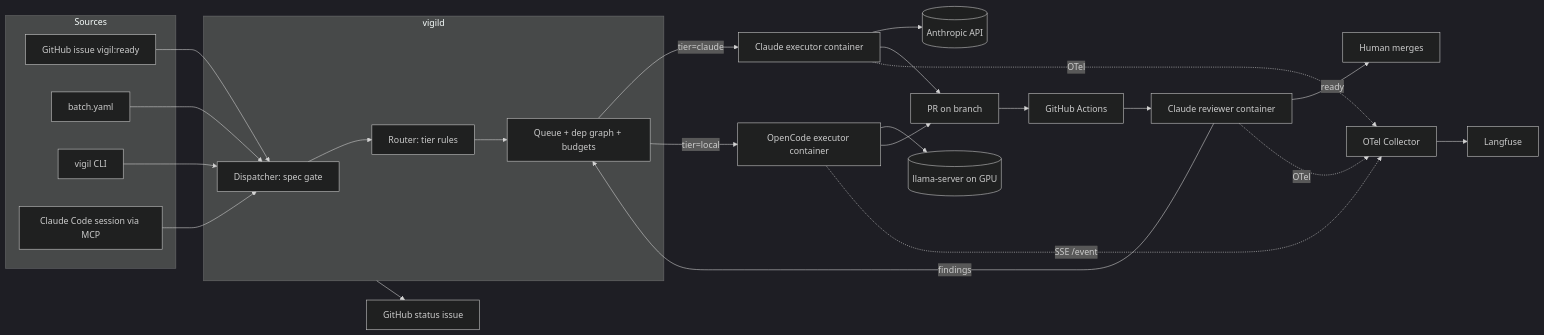
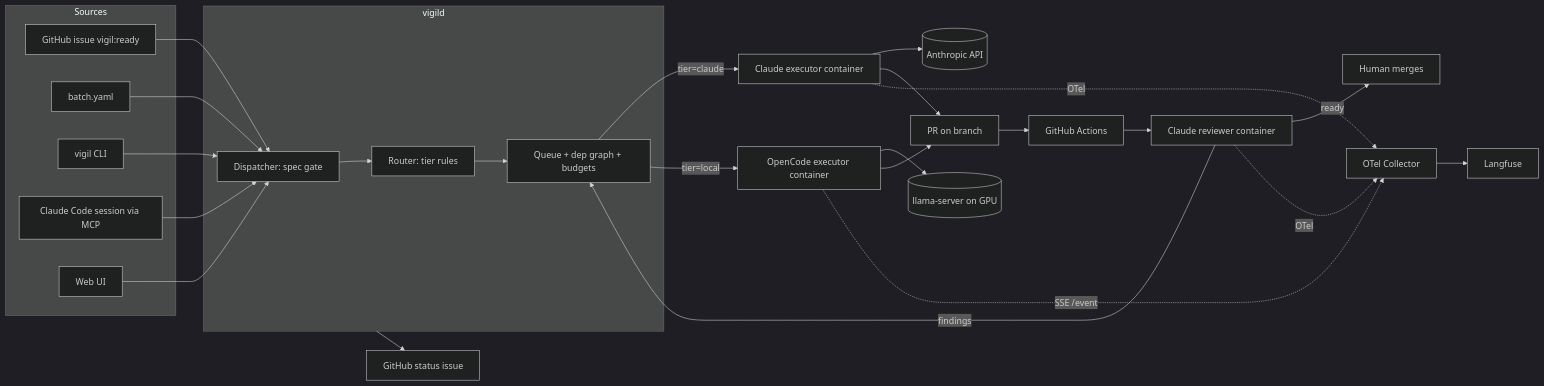
Before and after one commit to alienvisitor8675-bit/vigil: the diagram in docs/design.md, drawn with Mermaid (dark theme). The commit also changed other lines of this file and 7 other files, not shown here.

Commit message:
docs: architecture, feature map, UI spec, credentials runbook, sources; revise design for the Mac host and six phases

````diff
--- a/docs/design.md
+++ b/docs/design.md
@@ -40,32 +69,34 @@
 ```mermaid
 flowchart LR
   subgraph Sources
     GH[GitHub issue vigil:ready]
     YAML[batch.yaml]
     CLI[vigil CLI]
     CC[Claude Code session via MCP]
+    WEB[Web UI]
   end
   GH --> D
   YAML --> D
   CLI --> D
   CC --> D
+  WEB --> D
   subgraph vigild
     D[Dispatcher: spec gate] --> R[Router: tier rules]
     R --> Q[Queue + dep graph + budgets]
   end
   Q -->|tier=claude| CE[Claude executor container]
   Q -->|tier=local| OE[OpenCode executor container]
   OE --> LS[(llama-server on GPU)]
   CE --> API[(Anthropic API)]
   CE --> PR[PR on branch]
   OE --> PR
   PR --> CI[GitHub Actions]
   CI --> RV[Claude reviewer container]
   RV -->|findings| Q
   RV -->|ready| H[Human merges]
   CE -.OTel.-> OC[OTel Collector]
   OE -.SSE /event.-> OC
   RV -.OTel.-> OC
   OC --> LF[Langfuse]
   vigild --> SI[GitHub status issue]
 ```
````
